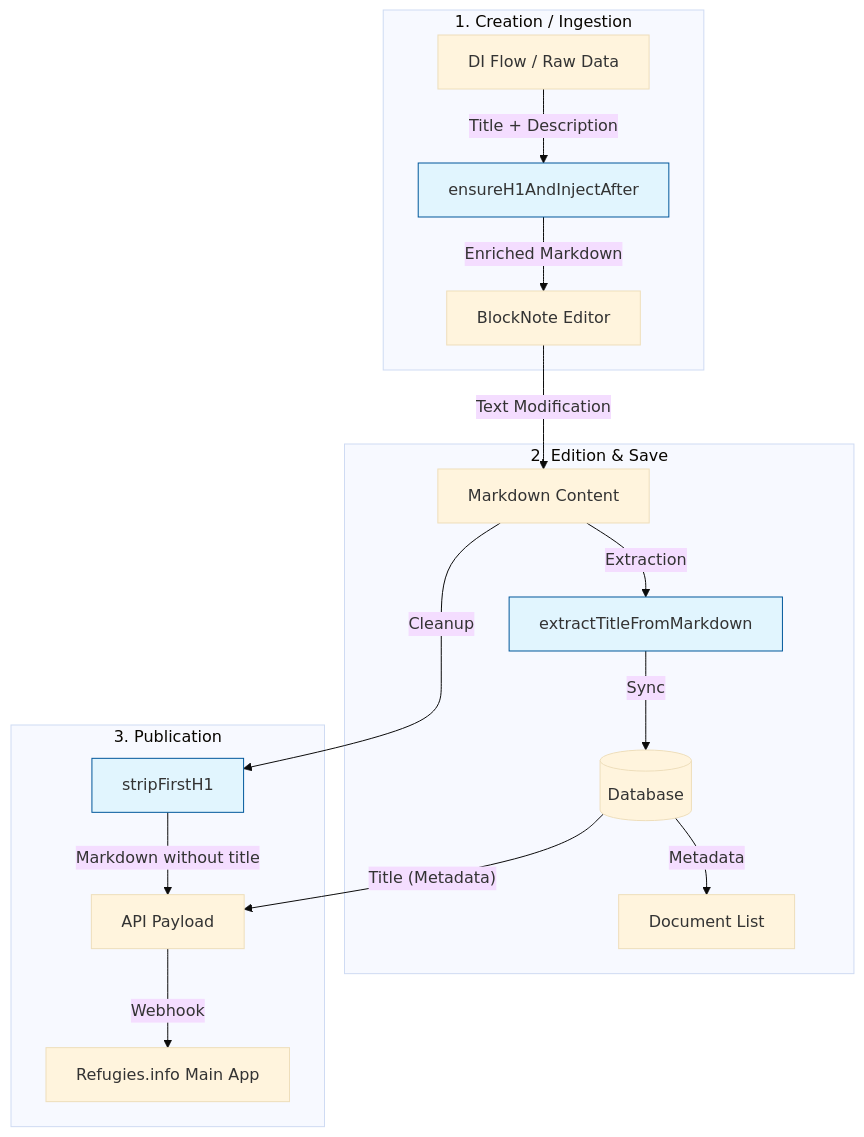
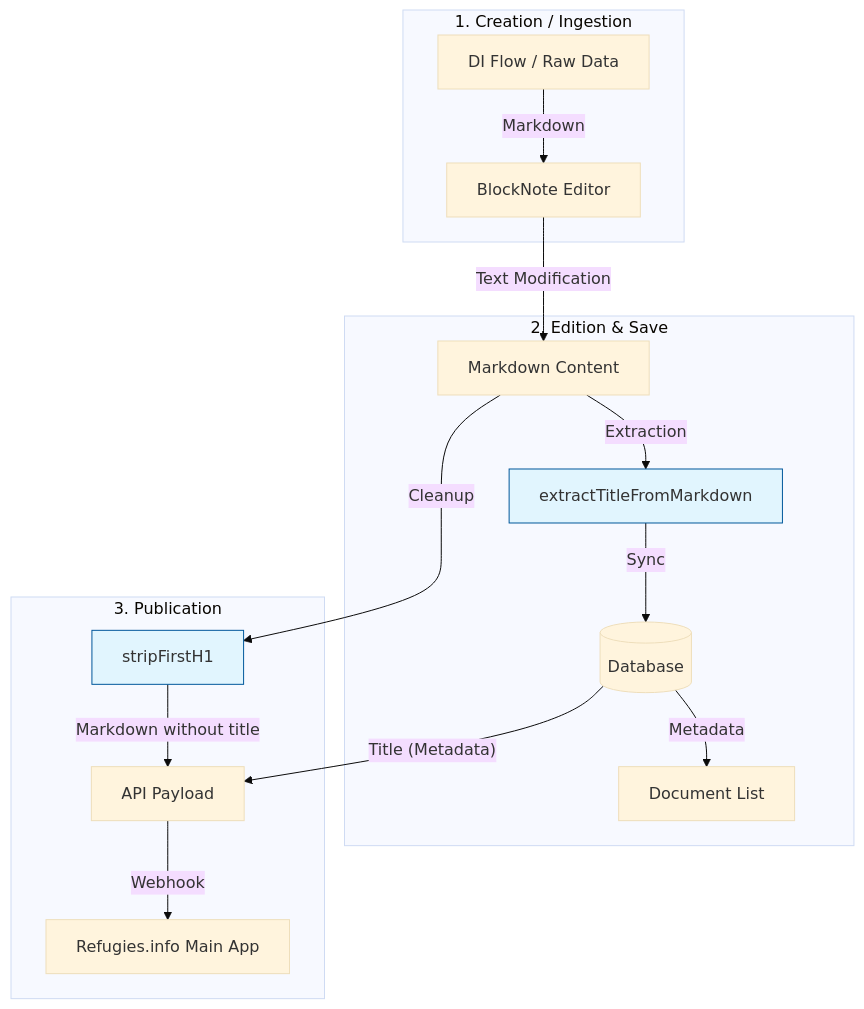
The diagram in documentation/architecture/h1-title-flow.md (refugies-info/playground), drawn with Mermaid (base theme) before and after one commit. The commit also changed other lines of this file and 3 other files, not shown here.

````diff
--- a/documentation/architecture/h1-title-flow.md
+++ b/documentation/architecture/h1-title-flow.md
@@ -35,25 +35,23 @@
 ```mermaid
 graph TD
     subgraph Creation [1. Creation / Ingestion]
-        Raw[DI Flow / Raw Data] -->|Title + Description| EnsureUtil[ensureH1AndInjectAfter]
-        EnsureUtil -->|Enriched Markdown| Editor[BlockNote Editor]
+        Raw[DI Flow / Raw Data] -->|Markdown| Editor[BlockNote Editor]
     end
 
     subgraph Edition [2. Edition & Save]
         Editor -->|Text Modification| Content[Markdown Content]
         Content -->|Extraction| ExtractUtil[extractTitleFromMarkdown]
         ExtractUtil -->|Sync| DB[(Database)]
         DB -->|Metadata| DocList[Document List]
     end
 
     subgraph Publication [3. Publication]
         Content -->|Cleanup| StripUtil[stripFirstH1]
         StripUtil -->|Markdown without title| Payload[API Payload]
         DB -->|"Title (Metadata)"| Payload
         Payload -->|Webhook| MainApp[Refugies.info Main App]
     end
 
-    style EnsureUtil fill:#e1f5fe,stroke:#01579b
     style ExtractUtil fill:#e1f5fe,stroke:#01579b
     style StripUtil fill:#e1f5fe,stroke:#01579b
 ```
````
